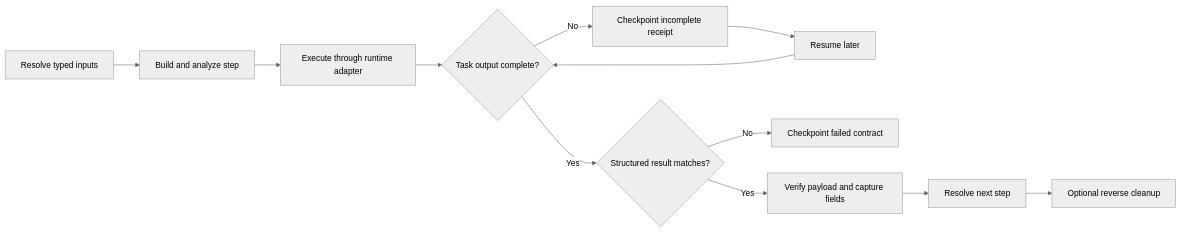
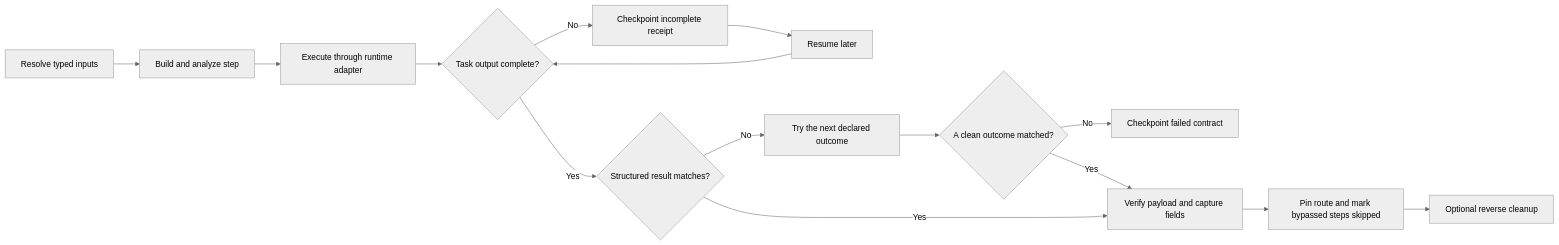
Before and after one commit to professor-moody/bofbench: the diagram in docs/operations.md, drawn with Mermaid (neutral theme). The commit also changed other lines of this file and 27 other files, not shown here.

````diff
--- a/docs/operations.md
+++ b/docs/operations.md
@@ -53,14 +56,17 @@
 ```mermaid
 flowchart LR
   A["Resolve typed inputs"] --> B["Build and analyze step"]
   B --> C["Execute through runtime adapter"]
   C --> D{"Task output complete?"}
   D -- "No" --> E["Checkpoint incomplete receipt"]
   E --> F["Resume later"]
   F --> D
   D -- "Yes" --> G{"Structured result matches?"}
-  G -- "No" --> H["Checkpoint failed contract"]
+  G -- "No" --> H["Try the next declared outcome"]
+  H --> L{"A clean outcome matched?"}
+  L -- "No" --> M["Checkpoint failed contract"]
+  L -- "Yes" --> I
   G -- "Yes" --> I["Verify payload and capture fields"]
-  I --> J["Resolve next step"]
+  I --> J["Pin route and mark bypassed steps skipped"]
   J --> K["Optional reverse cleanup"]
 ```
````
